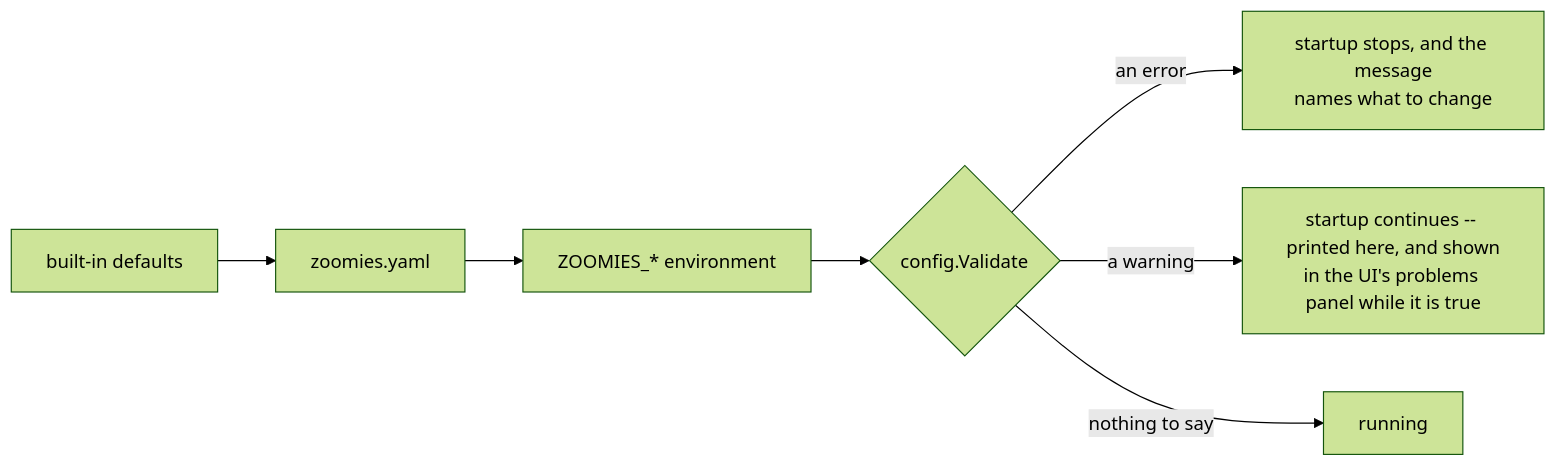
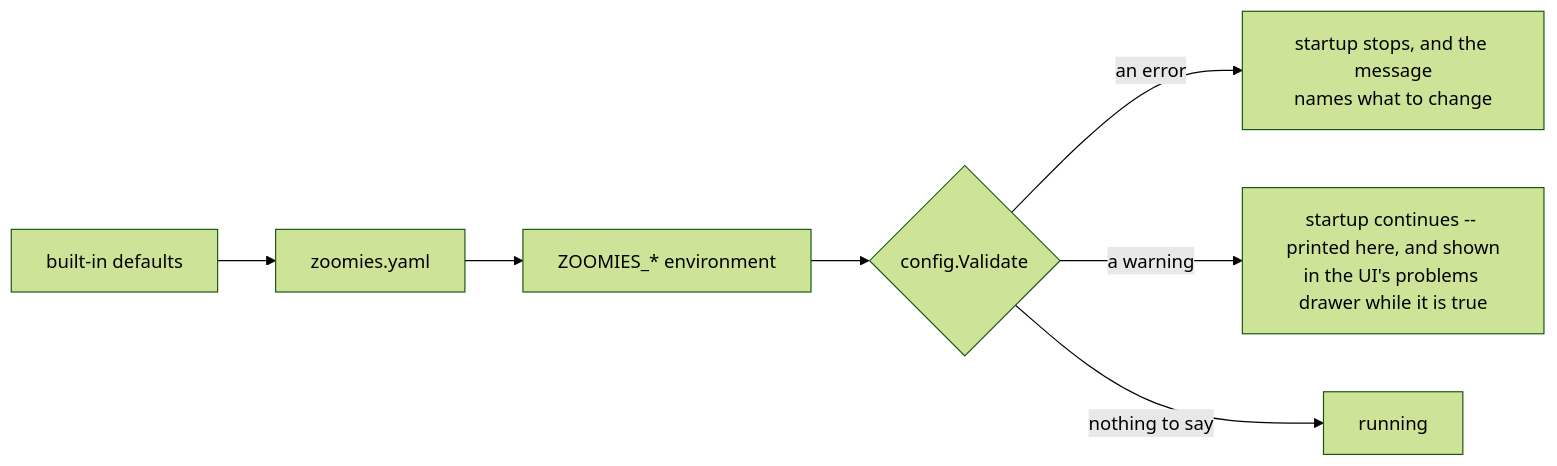
The diagram in docs/configuration.md (eyupio/Zoomies), drawn with Mermaid (forest theme) before and after one commit. The commit also changed other lines of this file and 32 other files, not shown here.

````diff
--- a/docs/configuration.md
+++ b/docs/configuration.md
@@ -15,9 +15,9 @@
 ```mermaid
 flowchart LR
     d["built-in defaults"] --> f["zoomies.yaml"]
     f --> e["ZOOMIES_* environment"]
     e --> v{"config.Validate"}
     v -->|"an error"| stop["startup stops, and the message<br/>names what to change"]
-    v -->|"a warning"| warn["startup continues -- printed here, and shown<br/>in the UI's problems panel while it is true"]
+    v -->|"a warning"| warn["startup continues -- printed here, and shown<br/>in the UI's problems drawer while it is true"]
     v -->|"nothing to say"| ok["running"]
 ```
````
